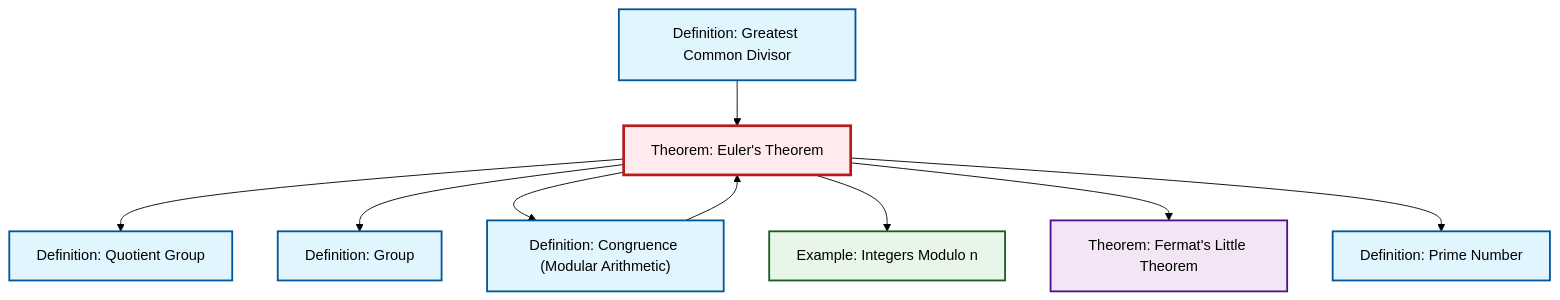
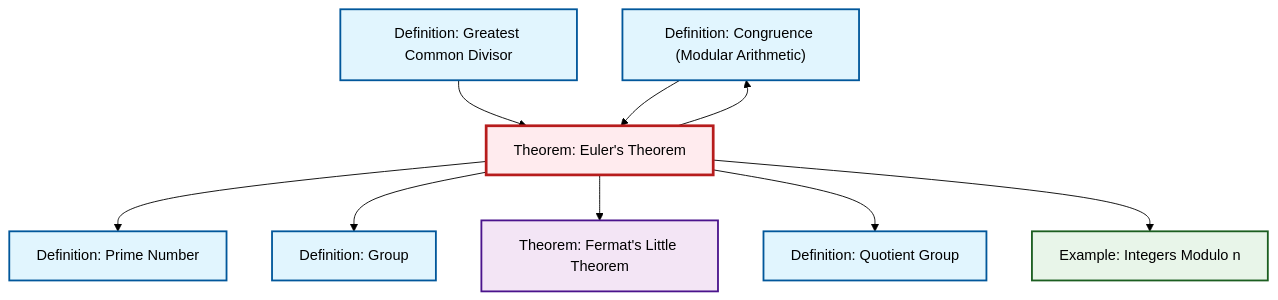
Before and after one commit to RK0429/ModernMath: the diagram in content/en/number-theory/thm-euler.qmd, drawn with Mermaid (forest theme). The commit also changed other lines of this file and 581 other files, not shown here.

````diff
--- a/content/en/number-theory/thm-euler.qmd
+++ b/content/en/number-theory/thm-euler.qmd
@@ -53,33 +53,33 @@
 ```{mermaid}
 %%| fig-cap: "Local dependency graph"
 graph TD
     classDef definition fill:#e1f5fe,stroke:#01579b,stroke-width:2px
     classDef theorem fill:#f3e5f5,stroke:#4a148c,stroke-width:2px
     classDef axiom fill:#fff3e0,stroke:#e65100,stroke-width:2px
     classDef example fill:#e8f5e9,stroke:#1b5e20,stroke-width:2px
     classDef current fill:#ffebee,stroke:#b71c1c,stroke-width:3px
     def-prime["Definition: Prime Number"]:::definition
     def-quotient-group["Definition: Quotient Group"]:::definition
-    ex-quotient-integers-mod-n["Example: Integers Modulo n"]:::example
+    def-congruence["Definition: Congruence (Modular Arithmetic)"]:::definition
     thm-euler["Theorem: Euler's Theorem"]:::theorem
     def-group["Definition: Group"]:::definition
+    def-gcd["Definition: Greatest Common Divisor"]:::definition
     thm-fermat-little["Theorem: Fermat's Little Theorem"]:::theorem
-    def-congruence["Definition: Congruence (Modular Arithmetic)"]:::definition
-    def-gcd["Definition: Greatest Common Divisor"]:::definition
+    ex-quotient-integers-mod-n["Example: Integers Modulo n"]:::example
+    thm-euler --> def-prime
+    def-gcd --> thm-euler
+    thm-euler --> def-group
+    thm-euler --> thm-fermat-little
     def-congruence --> thm-euler
     thm-euler --> def-quotient-group
-    thm-euler --> def-group
     thm-euler --> def-congruence
     thm-euler --> ex-quotient-integers-mod-n
-    thm-euler --> thm-fermat-little
-    def-gcd --> thm-euler
-    thm-euler --> def-prime
     class thm-euler current
     click def-prime "def-prime.html" "Go to Prime Number definition"
     click def-quotient-group "def-quotient-group.html" "Go to Quotient Group definition"
+    click def-congruence "def-congruence.html" "Go to Congruence (Modular Arithmetic) definition"
+    click def-group "def-group.html" "Go to Group definition"
+    click def-gcd "def-gcd.html" "Go to Greatest Common Divisor definition"
+    click thm-fermat-little "thm-fermat-little.html" "Go to Fermat's Little Theorem theorem"
     click ex-quotient-integers-mod-n "ex-quotient-integers-mod-n.html" "Go to Integers Modulo n example"
-    click def-group "def-group.html" "Go to Group definition"
-    click thm-fermat-little "thm-fermat-little.html" "Go to Fermat's Little Theorem theorem"
-    click def-congruence "def-congruence.html" "Go to Congruence (Modular Arithmetic) definition"
-    click def-gcd "def-gcd.html" "Go to Greatest Common Divisor definition"
 ```
````
